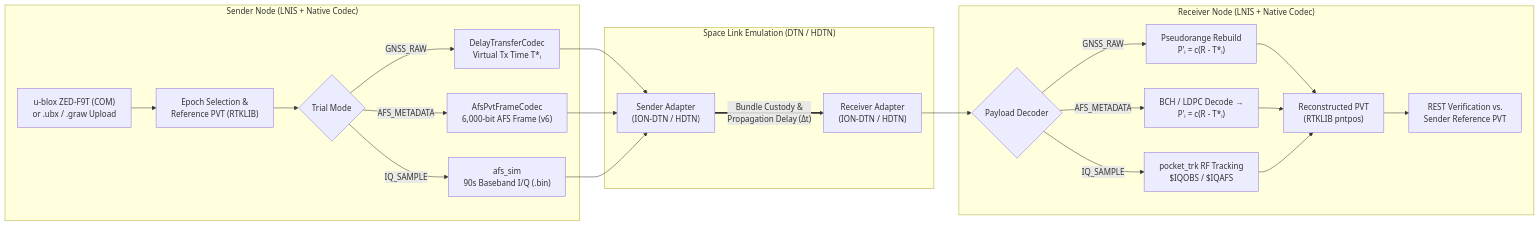
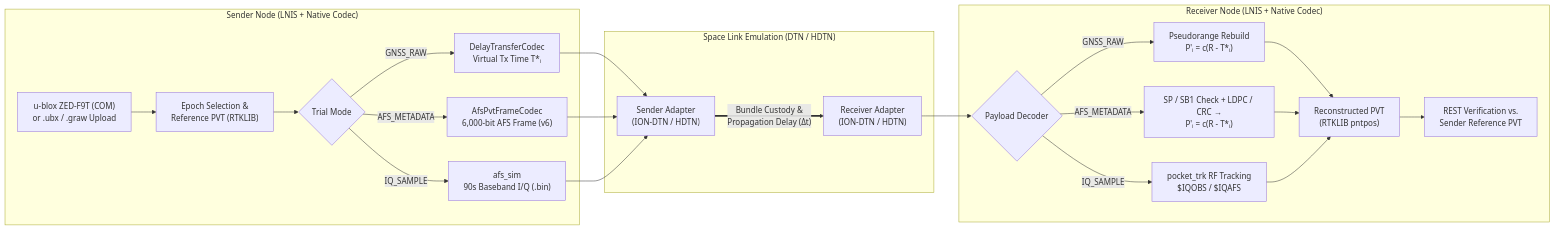
One commit to kjsu1994/imt-lnis changed the diagram in README.md. Above: the diagram before and after it, drawn with Mermaid. The commit also changed other lines of this file and 9 other files, not shown here.

````diff
--- a/README.md
+++ b/README.md
@@ -57,24 +57,24 @@
 ```mermaid
 flowchart LR
   subgraph Sender["Sender Node (LNIS + Native Codec)"]
     A["u-blox ZED-F9T (COM)<br/>or .ubx / .graw Upload"] --> B["Epoch Selection &<br/>Reference PVT (RTKLIB)"]
     B --> C{"Trial Mode"}
     C -->|GNSS_RAW| D1["DelayTransferCodec<br/>Virtual Tx Time T*ᵢ"]
     C -->|AFS_METADATA| D2["AfsPvtFrameCodec<br/>6,000-bit AFS Frame (v6)"]
     C -->|IQ_SAMPLE| D3["afs_sim<br/>90s Baseband I/Q (.bin)"]
   end
 
   subgraph Network["Space Link Emulation (DTN / HDTN)"]
     D1 & D2 & D3 --> E["Sender Adapter<br/>(ION-DTN / HDTN)"]
     E ==>|"Bundle Custody &<br/>Propagation Delay (Δt)"| F["Receiver Adapter<br/>(ION-DTN / HDTN)"]
   end
 
   subgraph Receiver["Receiver Node (LNIS + Native Codec)"]
     F --> G{"Payload Decoder"}
     G -->|GNSS_RAW| H1["Pseudorange Rebuild<br/>P'ᵢ = c(R - T*ᵢ)"]
-    G -->|AFS_METADATA| H2["BCH / LDPC Decode →<br/>P'ᵢ = c(R - T*ᵢ)"]
+    G -->|AFS_METADATA| H2["SP / SB1 Check + LDPC / CRC →<br/>P'ᵢ = c(R - T*ᵢ)"]
     G -->|IQ_SAMPLE| H3["pocket_trk RF Tracking<br/>$IQOBS / $IQAFS"]
     H1 & H2 & H3 --> I["Reconstructed PVT<br/>(RTKLIB pntpos)"]
     I --> J["REST Verification vs.<br/>Sender Reference PVT"]
   end
 ```
````
